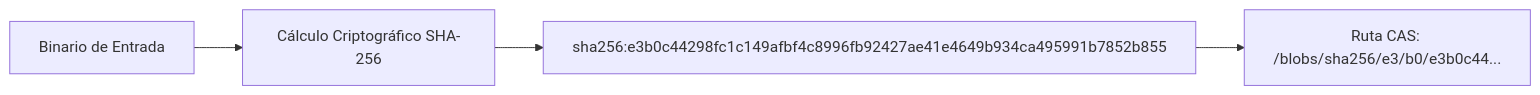
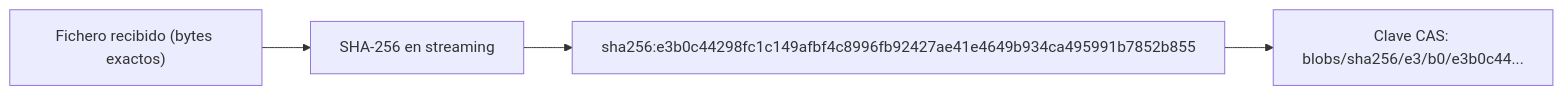
Before and after one commit to CesarAchig/Kinara-Registry: the first of 2 diagrams in Planification/03-estrategia-almacenamiento-cas.md, drawn with Mermaid. The commit also changed other lines of this file and 10 other files, not shown here.

````diff
--- a/Planification/03-estrategia-almacenamiento-cas.md
+++ b/Planification/03-estrategia-almacenamiento-cas.md
@@ -14,6 +14,6 @@
 ```mermaid
 flowchart LR
-    File["Binario de Entrada"] --> Hasher["Cálculo Criptográfico SHA-256"]
+    File["Fichero recibido (bytes exactos)"] --> Hasher["SHA-256 en streaming"]
     Hasher --> HashID["sha256:e3b0c44298fc1c149afbf4c8996fb92427ae41e4649b934ca495991b7852b855"]
-    HashID --> StorageCAS["Ruta CAS: /blobs/sha256/e3/b0/e3b0c44..."]
+    HashID --> StorageCAS["Clave CAS: blobs/sha256/e3/b0/e3b0c44..."]
 ```
````
